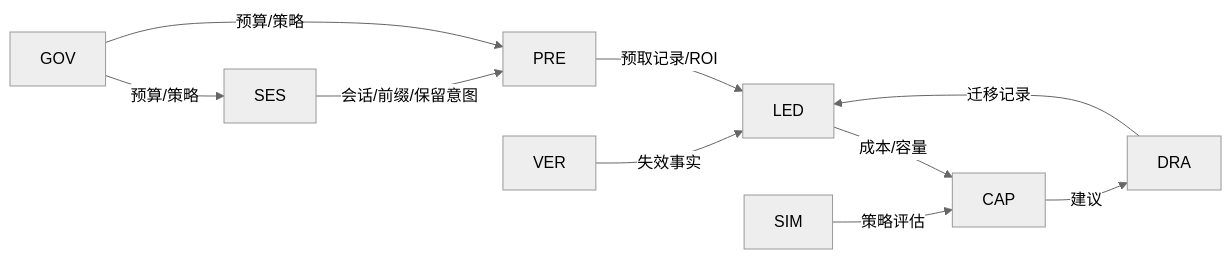
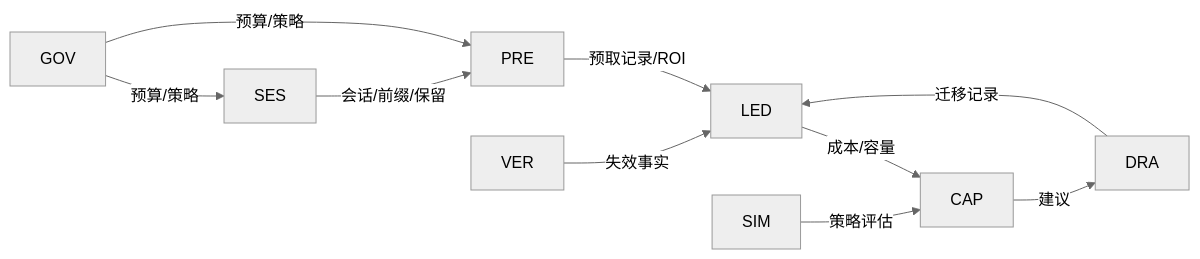
One commit to 5x8-40/lake changed the second of 9 diagrams in kvcm/design/D9-kv-services.md. Above: the diagram before and after it, drawn with Mermaid (neutral theme). The commit also changed other lines of this file and 5 other files, not shown here.

````diff
--- a/kvcm/design/D9-kv-services.md
+++ b/kvcm/design/D9-kv-services.md
@@ -64,12 +56,12 @@
 ```mermaid
 flowchart LR
-    SES -->|"会话/前缀/保留意图"| PRE
+    SES -->|"会话/前缀/保留"| PRE
     PRE -->|"预取记录/ROI"| LED
     VER -->|"失效事实"| LED
     LED -->|"成本/容量"| CAP
     CAP -->|"建议"| DRA
     DRA -->|"迁移记录"| LED
     GOV -->|"预算/策略"| SES
     GOV -->|"预算/策略"| PRE
     SIM -->|"策略评估"| CAP
 ```
````
